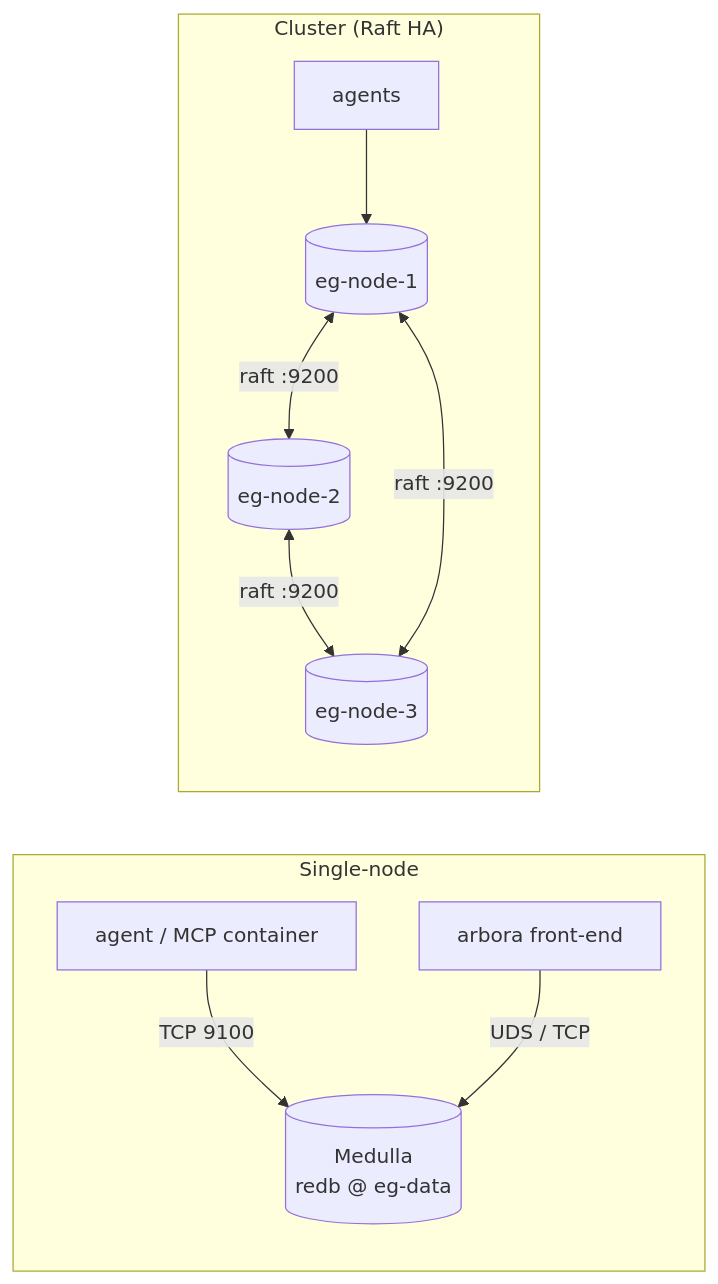
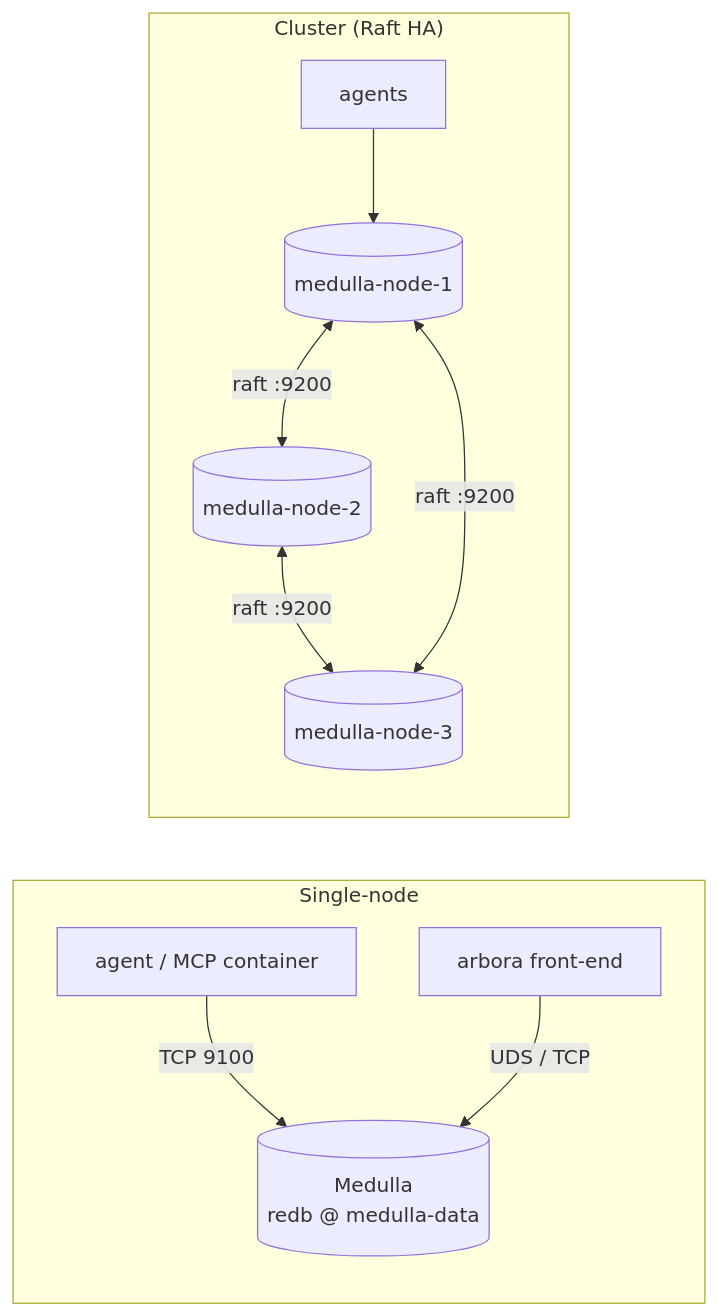
One commit to Knuckles-Team/epistemic-graph changed the second of 3 diagrams in docs/deployment.md. Above: the diagram before and after it, drawn with Mermaid. The commit also changed other lines of this file and 5990 other files, not shown here.

First line of the commit message:
refactor!: rename epistemic-graph to medulla end to end (hard cutover)

````diff
--- a/docs/deployment.md
+++ b/docs/deployment.md
@@ -396,14 +396,14 @@
 ```mermaid
 flowchart LR
     subgraph Single["Single-node"]
-        A1[agent / MCP container] -->|TCP 9100| S1[("Medulla<br/>redb @ eg-data")]
+        A1[agent / MCP container] -->|TCP 9100| S1[("Medulla<br/>redb @ medulla-data")]
         GOS[arbora front-end] -->|UDS / TCP| S1
     end
 
     subgraph HA["Cluster (Raft HA)"]
-        A2[agents] --> N1[(eg-node-1)]
-        N1 <-->|raft :9200| N2[(eg-node-2)]
-        N2 <-->|raft :9200| N3[(eg-node-3)]
+        A2[agents] --> N1[(medulla-node-1)]
+        N1 <-->|raft :9200| N2[(medulla-node-2)]
+        N2 <-->|raft :9200| N3[(medulla-node-3)]
         N1 <-->|raft :9200| N3
     end
 ```
````
